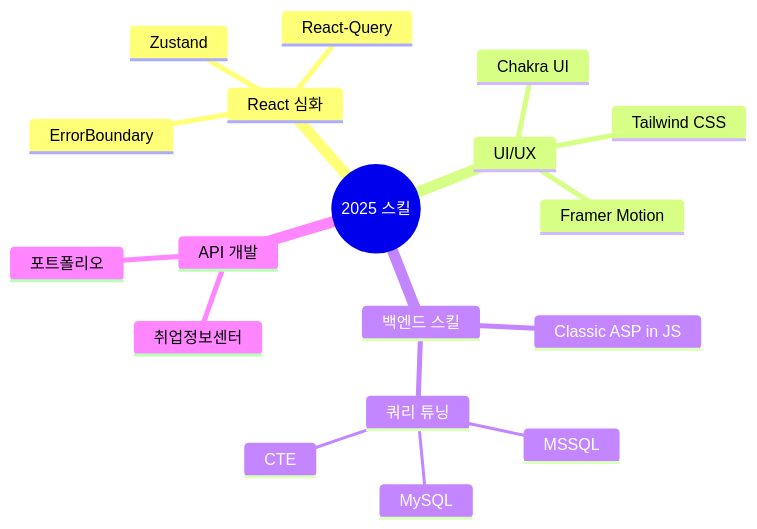
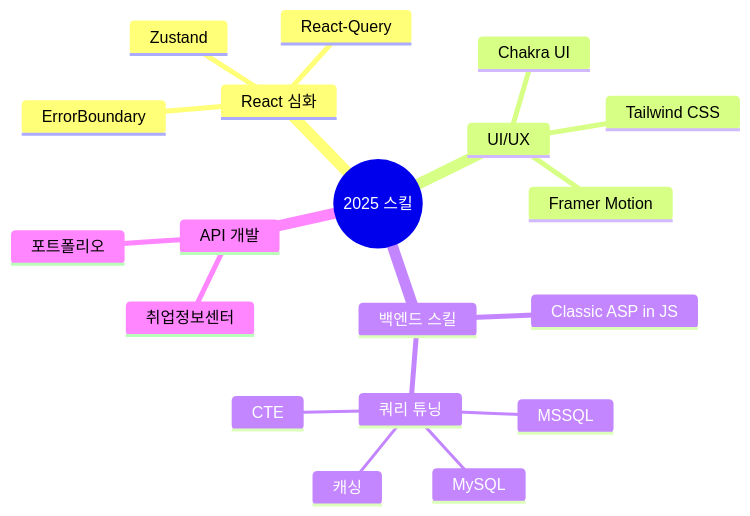
Before and after one commit to SnowsFE/SnowsFE: the diagram in README.md, drawn with Mermaid.

````diff
--- a/README.md
+++ b/README.md
@@ -145,21 +145,22 @@
 ```mermaid
 mindmap
   root((2025 스킬))
     React 심화
       Zustand
       React-Query
       ErrorBoundary
     UI/UX
       Chakra UI
       Tailwind CSS
       Framer Motion
     백엔드 스킬
       Classic ASP in JS
       쿼리 튜닝
         MSSQL
         MySQL
         CTE
+        캐싱
     API 개발
       취업정보센터
       포트폴리오
 ```
````
